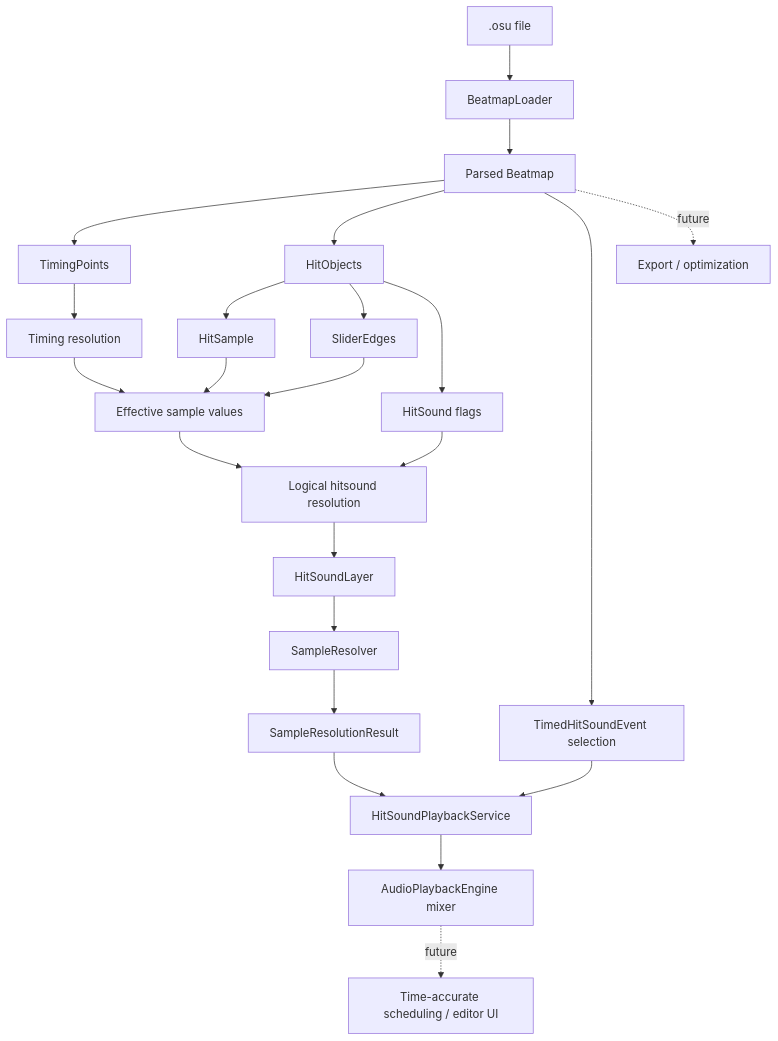
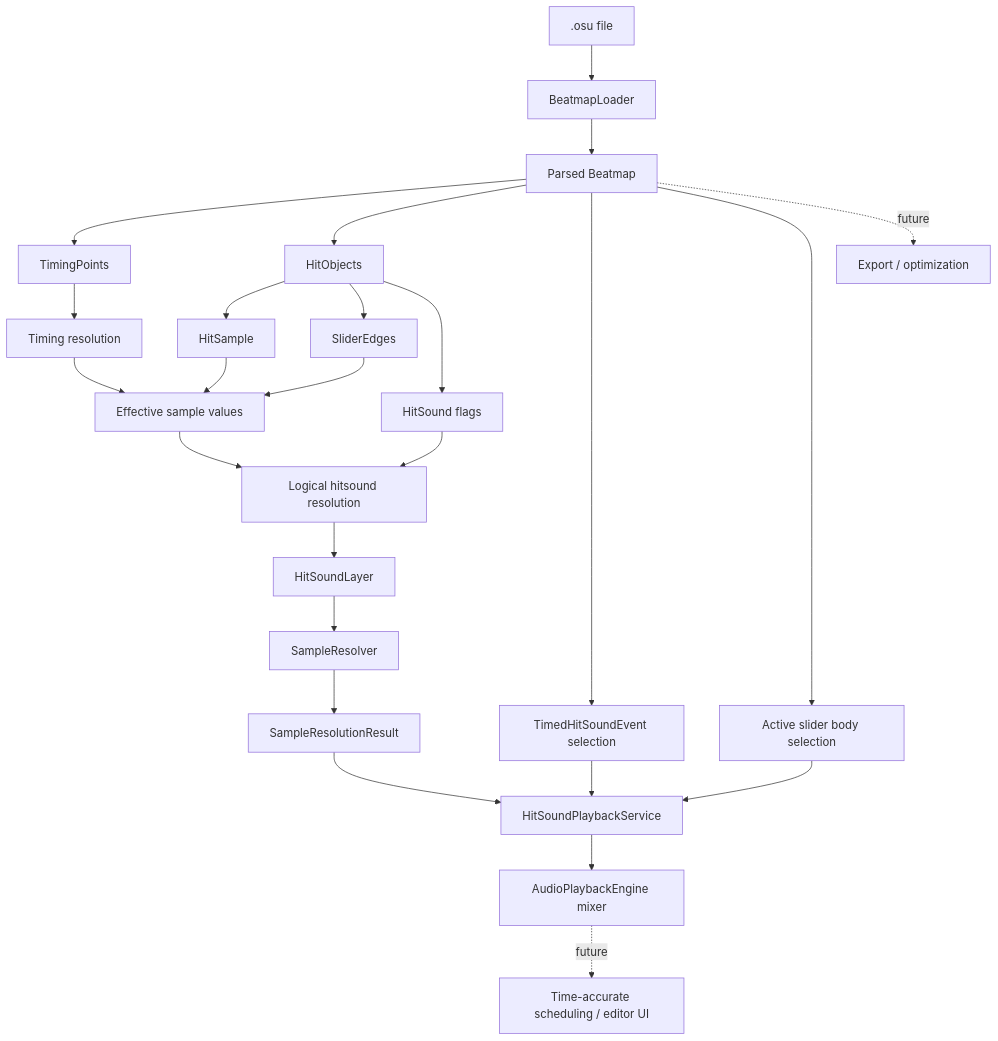
Before and after one commit to FAJIFBEFJHA/osu-hitsound-editor: the tenth of 11 diagrams in docs/architecture.md, drawn with Mermaid. The commit also changed other lines of this file and 5 other files, not shown here.

Commit message:
feat(audio): reconstruct active slider bodies at interval start

````diff
--- a/docs/architecture.md
+++ b/docs/architecture.md
@@ -642,34 +647,36 @@
 ```mermaid
 flowchart TD
 
     A[.osu file] --> B[BeatmapLoader]
     B --> C[Parsed Beatmap]
 
     C --> D[TimingPoints]
     C --> E[HitObjects]
 
     E --> F[HitSample]
     E --> G[SliderEdges]
 
     D --> H[Timing resolution]
 
     F --> I[Effective sample values]
     G --> I
     H --> I
 
     E --> J[HitSound flags]
 
     I --> K[Logical hitsound resolution]
     J --> K
 
     K --> L[HitSoundLayer]
 
     L --> M[SampleResolver]
     M --> N[SampleResolutionResult]
     C --> O[TimedHitSoundEvent selection]
     O --> P[HitSoundPlaybackService]
+    C --> T[Active slider body selection]
+    T --> P
     N --> P
     P --> Q[AudioPlaybackEngine mixer]
     Q -. future .-> R[Time-accurate scheduling / editor UI]
     C -. future .-> S[Export / optimization]
 ```
````
